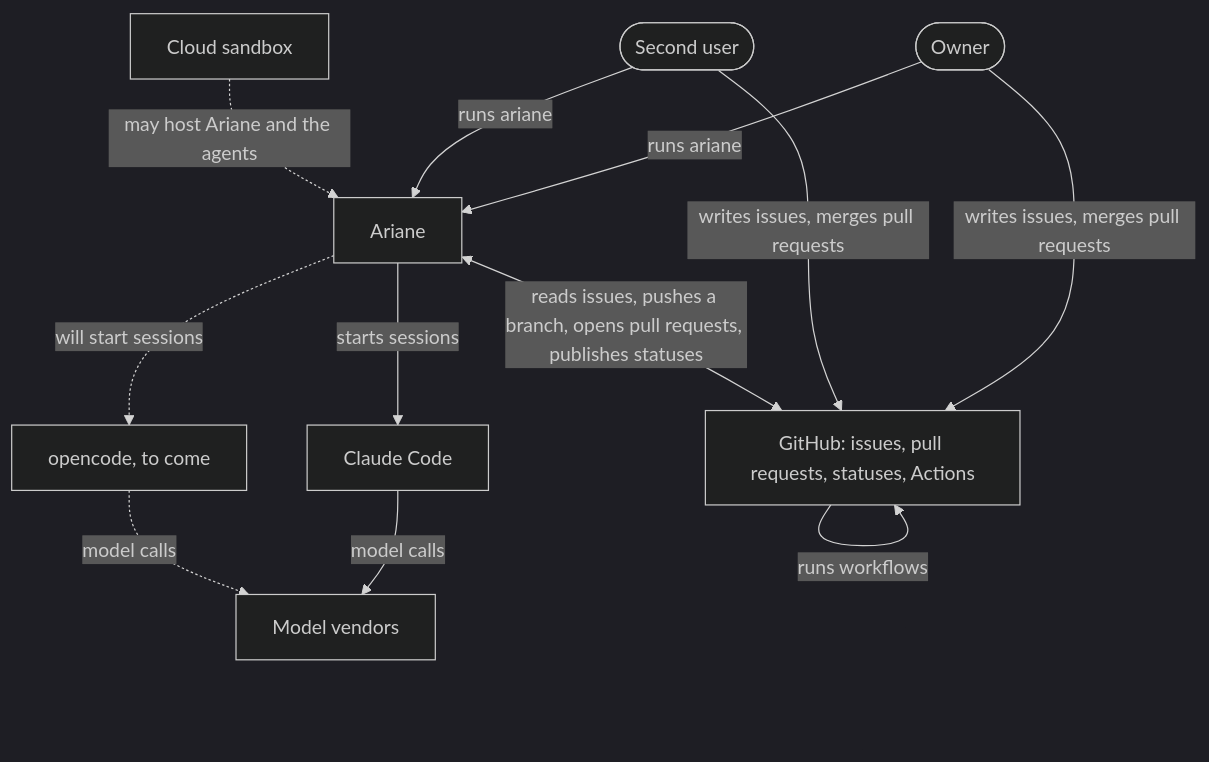
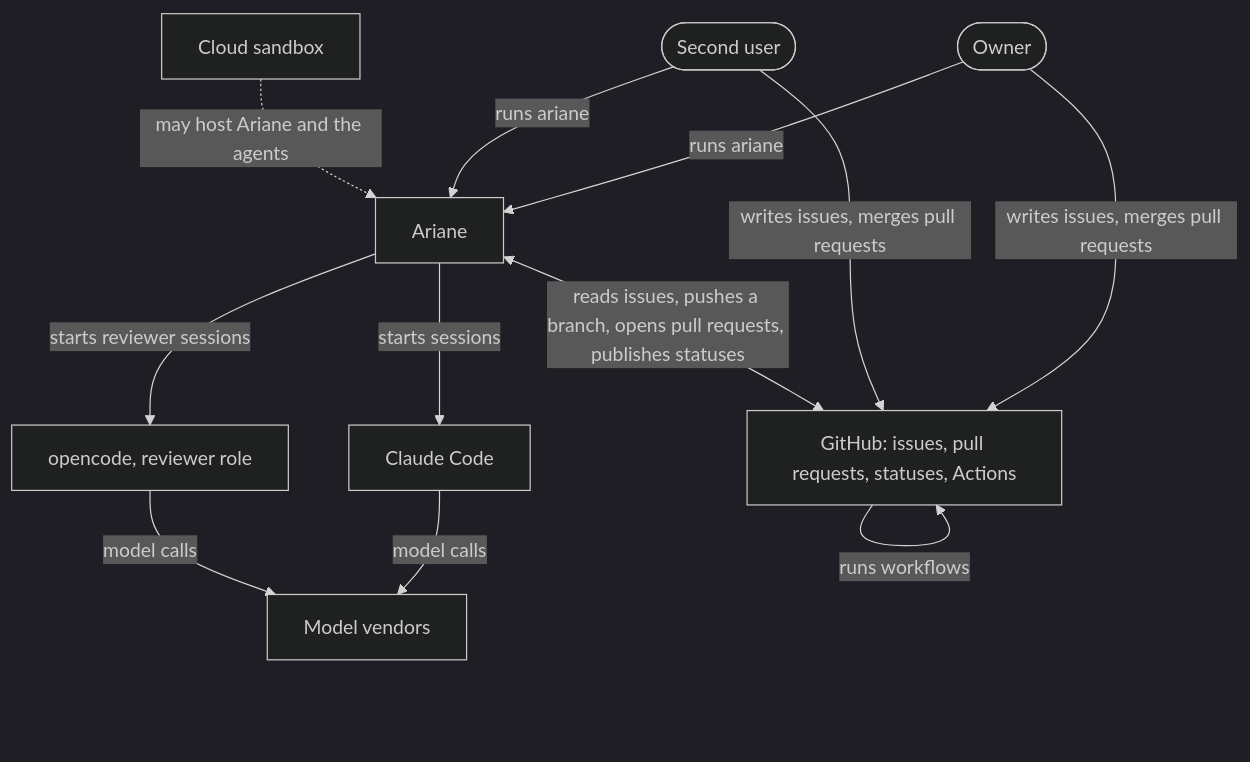
The diagram in docs/architecture/0-landscape.md (plaplanche/ariane), drawn with Mermaid (dark theme) before and after one commit. The commit also changed 28 other files, not shown here.

Commit message:
#36: Run the reviewer role on opencode (C5)

````diff
--- a/docs/architecture/0-landscape.md
+++ b/docs/architecture/0-landscape.md
@@ -5,22 +5,22 @@
 ```mermaid
 flowchart TB
   owner([Owner])
   second([Second user])
   ariane[Ariane]
   github[GitHub: issues, pull requests, statuses, Actions]
   claude[Claude Code]
-  opencode[opencode, to come]
+  opencode[opencode, reviewer role]
   vendors[Model vendors]
   sandbox[Cloud sandbox]
   owner -->|writes issues, merges pull requests| github
   second -->|writes issues, merges pull requests| github
   owner -->|runs ariane| ariane
   second -->|runs ariane| ariane
   ariane <-->|reads issues, pushes a branch, opens pull requests, publishes statuses| github
   ariane -->|starts sessions| claude
-  ariane -.->|will start sessions| opencode
+  ariane -->|starts reviewer sessions| opencode
   claude -->|model calls| vendors
-  opencode -.->|model calls| vendors
+  opencode -->|model calls| vendors
   github -->|runs workflows| github
   sandbox -.->|may host Ariane and the agents| ariane
 ```
````
